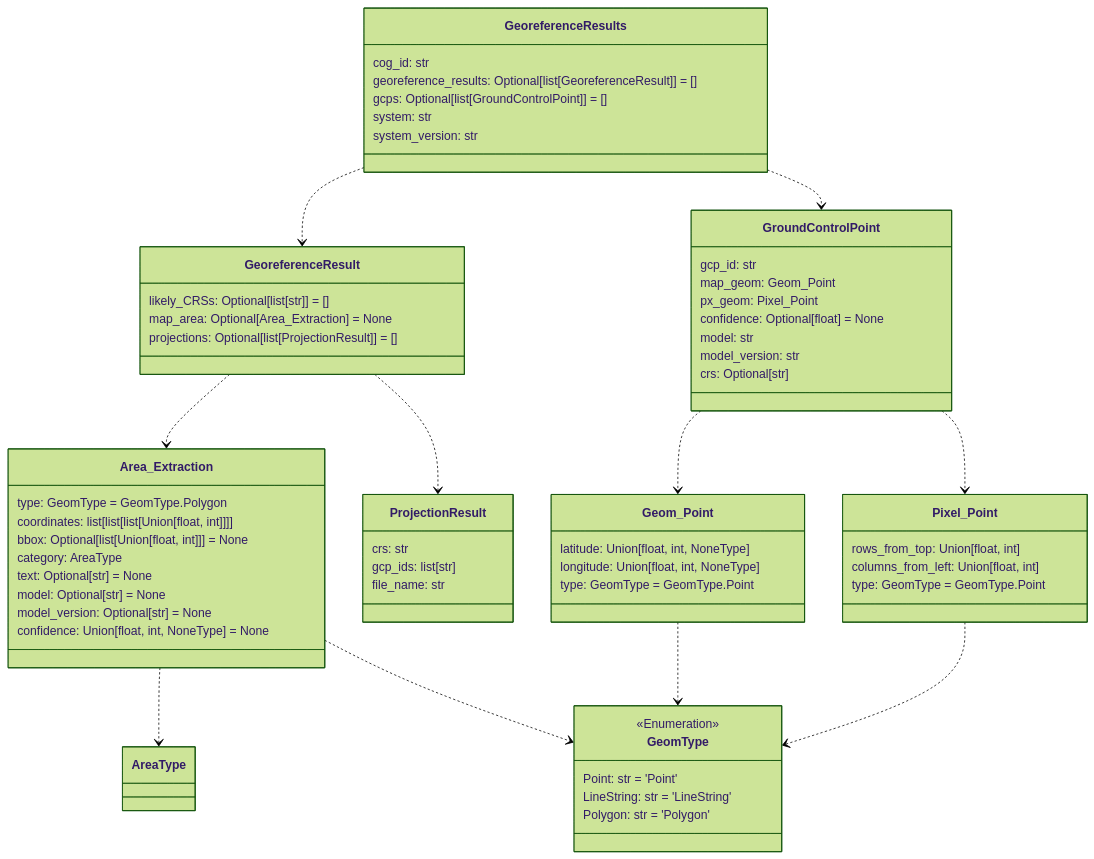
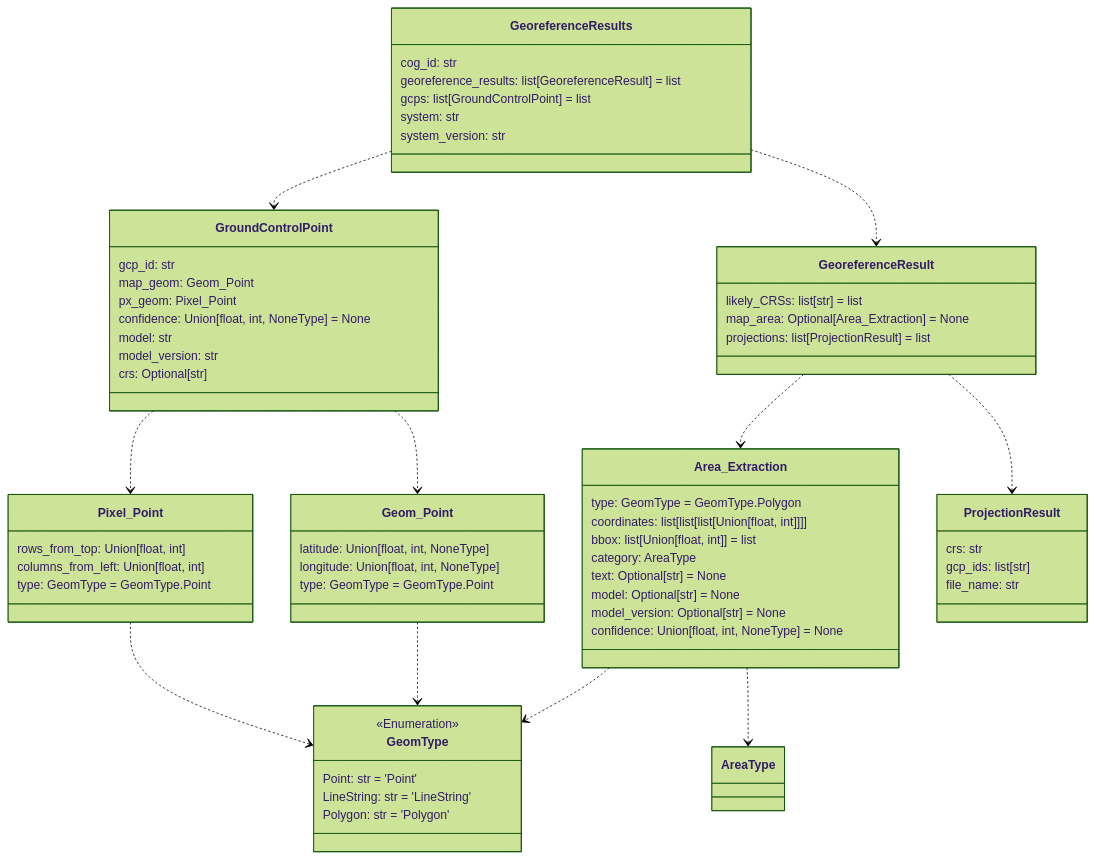
One commit to DARPA-CRITICALMAAS/cdr_schemas changed the second of 12 diagrams in README.md. Above: the diagram before and after it, drawn with Mermaid (forest theme). The commit also changed other lines of this file and 7 other files, not shown here.

````diff
--- a/README.md
+++ b/README.md
@@ -113,76 +113,76 @@
 ```mermaid
 classDiagram
-
-    class GroundControlPoint {
-        gcp_id: str
-        map_geom: Geom_Point
-        px_geom: Pixel_Point
-        confidence: Optional[float] = None
-        model: str
-        model_version: str
-        crs: Optional[str]
-    }
 
     class Pixel_Point {
         rows_from_top: Union[float, int]
         columns_from_left: Union[float, int]
         type: GeomType = GeomType.Point
+    }
+
+    class GeoreferenceResult {
+        likely_CRSs: list[str] = list
+        map_area: Optional[Area_Extraction] = None
+        projections: list[ProjectionResult] = list
     }
 
     class ProjectionResult {
         crs: str
         gcp_ids: list[str]
         file_name: str
     }
 
-    class GeoreferenceResult {
-        likely_CRSs: Optional[list[str]] = []
-        map_area: Optional[Area_Extraction] = None
-        projections: Optional[list[ProjectionResult]] = []
+    class GroundControlPoint {
+        gcp_id: str
+        map_geom: Geom_Point
+        px_geom: Pixel_Point
+        confidence: Union[float, int, NoneType] = None
+        model: str
+        model_version: str
+        crs: Optional[str]
+    }
+
+    class GeomType {
+        <<Enumeration>>
+        Point: str = 'Point'
+        LineString: str = 'LineString'
+        Polygon: str = 'Polygon'
+    }
+
+    class Area_Extraction {
+        type: GeomType = GeomType.Polygon
+        coordinates: list[list[list[Union[float, int]]]]
+        bbox: list[Union[float, int]] = list
+        category: AreaType
+        text: Optional[str] = None
+        model: Optional[str] = None
+        model_version: Optional[str] = None
+        confidence: Union[float, int, NoneType] = None
     }
 
     class Geom_Point {
         latitude: Union[float, int, NoneType]
         longitude: Union[float, int, NoneType]
         type: GeomType = GeomType.Point
     }
 
     class GeoreferenceResults {
         cog_id: str
-        georeference_results: Optional[list[GeoreferenceResult]] = []
-        gcps: Optional[list[GroundControlPoint]] = []
+        georeference_results: list[GeoreferenceResult] = list
+        gcps: list[GroundControlPoint] = list
         system: str
         system_version: str
     }
 
-    class Area_Extraction {
-        type: GeomType = GeomType.Polygon
-        coordinates: list[list[list[Union[float, int]]]]
-        bbox: Optional[list[Union[float, int]]] = None
-        category: AreaType
-        text: Optional[str] = None
-        model: Optional[str] = None
-        model_version: Optional[str] = None
-        confidence: Union[float, int, NoneType] = None
-    }
-
-    class GeomType {
-        <<Enumeration>>
-        Point: str = 'Point'
-        LineString: str = 'LineString'
-        Polygon: str = 'Polygon'
-    }
-
+    Area_Extraction ..> GeomType
     Area_Extraction ..> AreaType
-    Area_Extraction ..> GeomType
     Geom_Point ..> GeomType
     Pixel_Point ..> GeomType
     GroundControlPoint ..> Pixel_Point
     GroundControlPoint ..> Geom_Point
     GeoreferenceResult ..> Area_Extraction
     GeoreferenceResult ..> ProjectionResult
     GeoreferenceResults ..> GroundControlPoint
     GeoreferenceResults ..> GeoreferenceResult
 
 
 ```
````
